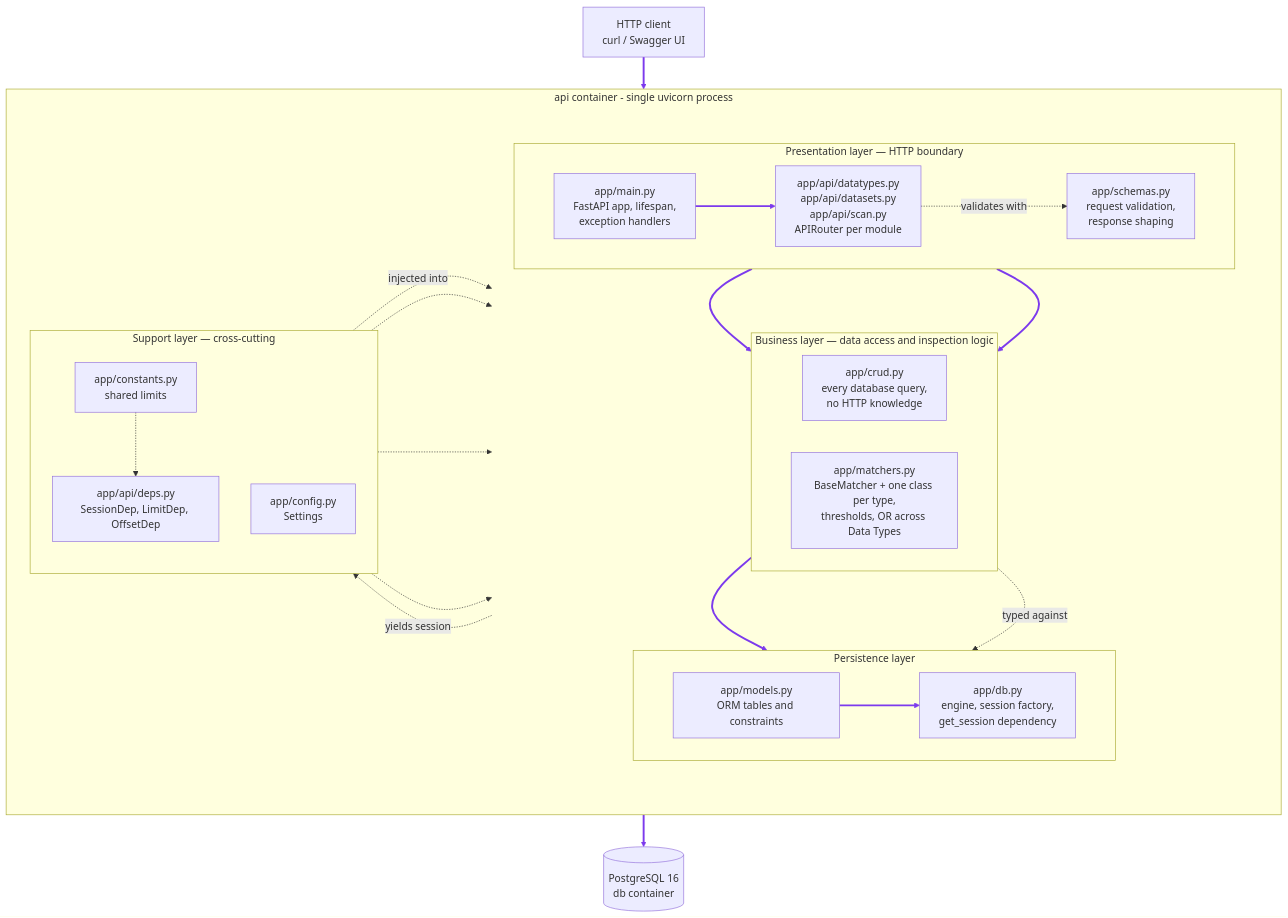
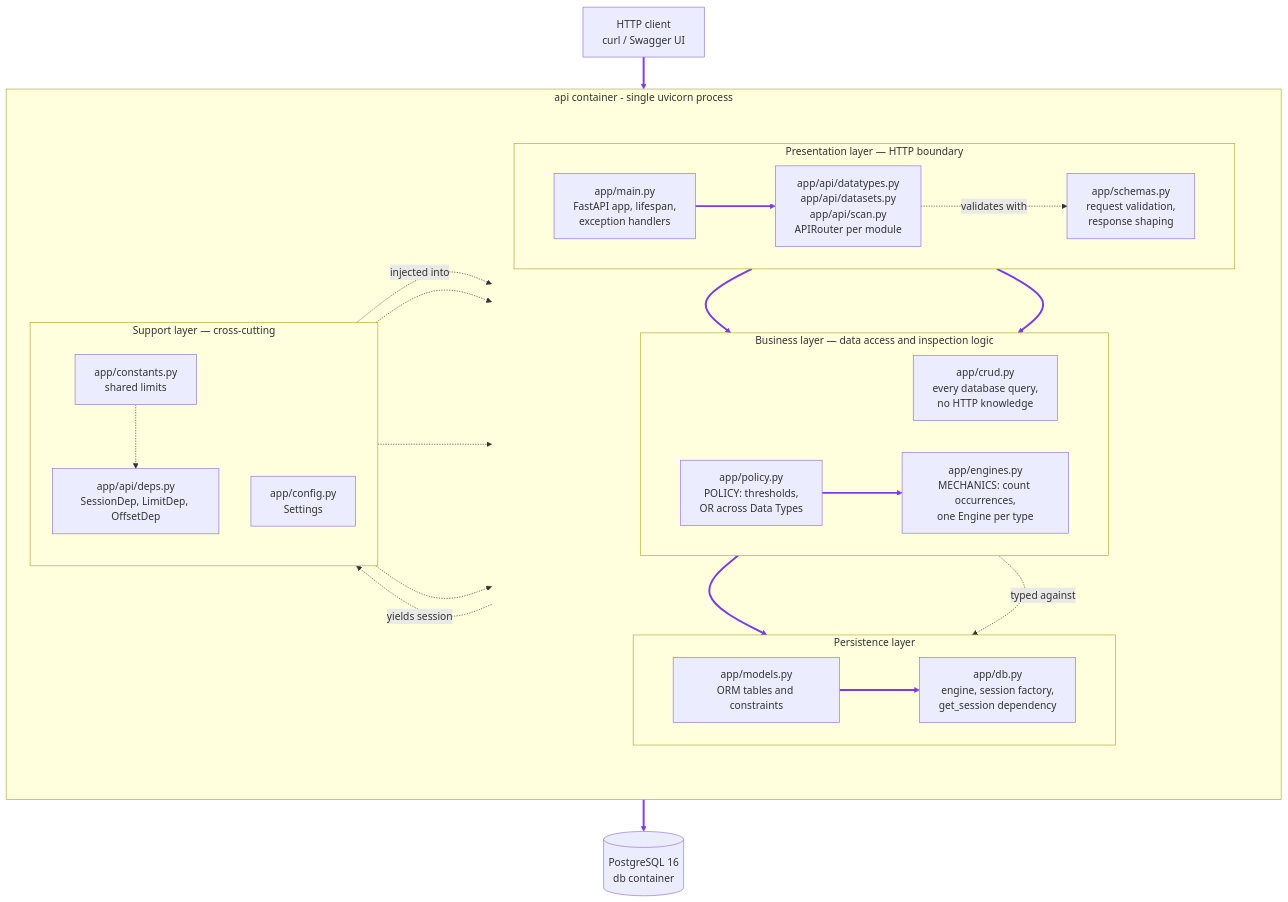
Before and after one commit to dolevol/data_leak_prevention: diagram 13 of 21 in docs/ARCHITECTURE.md, drawn with Mermaid. The commit also changed other lines of this file and 13 other files, not shown here.

First line of the commit message:
refactor(scan): split the scan core into engines (mechanics) and policy

````diff
--- a/docs/ARCHITECTURE.md
+++ b/docs/ARCHITECTURE.md
@@ -212,61 +209,63 @@
 ```mermaid
 flowchart TD
     Client["HTTP client<br/>curl / Swagger UI"] --> Main
 
     subgraph App ["api container - single uvicorn process"]
         direction LR
 
         subgraph Core [" "]
             direction TB
 
             subgraph L1 ["Presentation layer — HTTP boundary"]
                 direction LR
                 Main["app/main.py<br/>FastAPI app, lifespan,<br/>exception handlers"]
                 Routers["app/api/datatypes.py<br/>app/api/datasets.py<br/>app/api/scan.py<br/>APIRouter per module"]
                 Schemas["app/schemas.py<br/>request validation,<br/>response shaping"]
             end
 
             subgraph L2 ["Business layer — data access and inspection logic"]
                 direction LR
                 Crud["app/crud.py<br/>every database query,<br/>no HTTP knowledge"]
-                Matchers["app/matchers.py<br/>BaseMatcher + one class per type,<br/>thresholds, OR across Data Types"]
+                Policy["app/policy.py<br/>POLICY: thresholds,<br/>OR across Data Types"]
+                Engines["app/engines.py<br/>MECHANICS: count occurrences,<br/>one Engine per type"]
             end
 
             subgraph L3 ["Persistence layer"]
                 direction LR
                 Models["app/models.py<br/>ORM tables and constraints"]
                 Db["app/db.py<br/>engine, session factory,<br/>get_session dependency"]
             end
         end
 
         subgraph L4 ["Support layer — cross-cutting"]
             direction TB
             Deps["app/api/deps.py<br/>SessionDep, LimitDep, OffsetDep"]
             Const["app/constants.py<br/>shared limits"]
             Cfg["app/config.py<br/>Settings"]
         end
 
         Main --> Routers
         Routers --> Crud
-        Routers --> Matchers
+        Routers --> Policy
+        Policy --> Engines
         Crud --> Models
         Models --> Db
     end
 
     Db --> PG[("PostgreSQL 16<br/>db container")]
 
     %% Every solid request-path link is declared above, so the purple set below is
-    %% the contiguous range 0-6. Dashed links go after it: appending one can never
+    %% the contiguous range 0-7. Dashed links go after it: appending one can never
     %% shift the styled indices again.
     Deps -.->|"injected into"| Routers
     Routers -.->|"validates with"| Schemas
-    Matchers -.->|"typed against"| Models
+    Policy -.->|"typed against"| Models
     Const -.-> Schemas
     Const -.-> Models
     Const -.-> Deps
     Cfg -.-> Db
     Db -.->|"yields session"| Deps
 
     style Core fill:none,stroke:none
-    linkStyle 0,1,2,3,4,5,6 stroke:#7c3aed,stroke-width:3px
+    linkStyle 0,1,2,3,4,5,6,7 stroke:#7c3aed,stroke-width:3px
 ```
````
